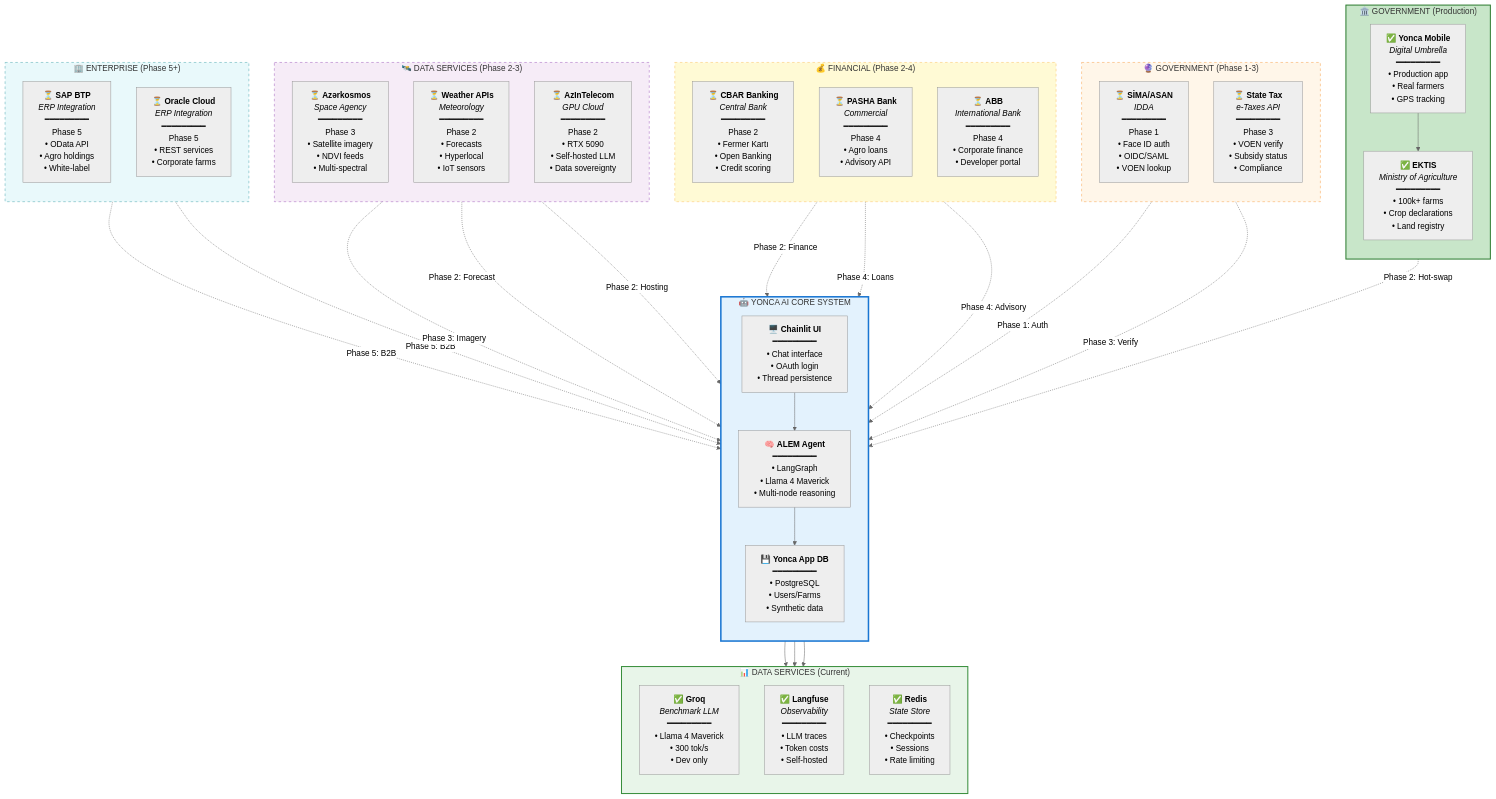
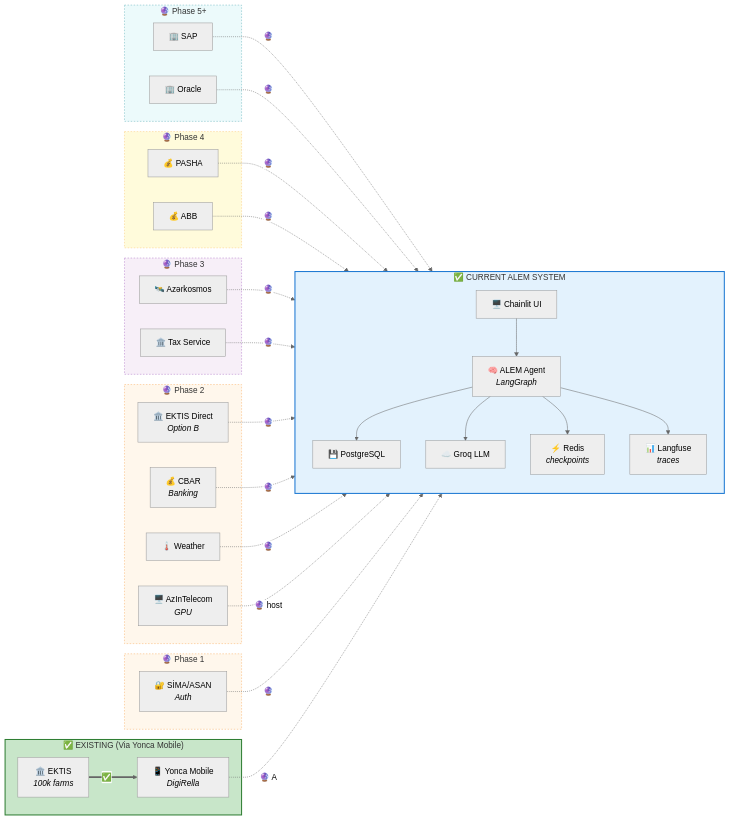
The first of 3 diagrams in docs/zekalab/19-YONCA-AI-INTEGRATION-UNIVERSE.md (Px8Studio/yonja), drawn with Mermaid before and after one commit. The commit also changed other lines of this file and 2 other files, not shown here.

Commit message:
feat: Update architecture and integration roadmap documentation for ALEM, enhancing clarity on existing and future integrations

````diff
--- a/docs/zekalab/19-YONCA-AI-INTEGRATION-UNIVERSE.md
+++ b/docs/zekalab/19-YONCA-AI-INTEGRATION-UNIVERSE.md
@@ -15,79 +15,68 @@
 ```mermaid
 %%{init: {'theme': 'neutral'}}%%
-flowchart TB
-    subgraph core["🤖 YONCA AI CORE SYSTEM"]
+flowchart LR
+    subgraph current["✅ CURRENT ALEM SYSTEM"]
         direction TB
-        alem["🧠 <b>ALEM Agent</b><br/>━━━━━━━━━<br/>• LangGraph<br/>• Llama 4 Maverick<br/>• Multi-node reasoning"]
-        chainlit["🖥️ <b>Chainlit UI</b><br/>━━━━━━━━━<br/>• Chat interface<br/>• OAuth login<br/>• Thread persistence"]
-        db["💾 <b>Yonca App DB</b><br/>━━━━━━━━━<br/>• PostgreSQL<br/>• Users/Farms<br/>• Synthetic data"]
+        ui["🖥️ Chainlit UI"]
+        alem["🧠 ALEM Agent<br/><i>LangGraph</i>"]
+        db["💾 PostgreSQL"]
+        groq["☁️ Groq LLM"]
+        redis["⚡ Redis<br/><i>checkpoints</i>"]
+        lf["📊 Langfuse<br/><i>traces</i>"]
     end
     
-    subgraph gov_live["🏛️ GOVERNMENT (Production)"]
-        direction TB
-        ektis_live["✅ <b>EKTIS</b><br/><i>Ministry of Agriculture</i><br/>━━━━━━━━━<br/>• 100k+ farms<br/>• Crop declarations<br/>• Land registry"]
-        yonca_mobile["✅ <b>Yonca Mobile</b><br/><i>Digital Umbrella</i><br/>━━━━━━━━━<br/>• Production app<br/>• Real farmers<br/>• GPS tracking"]
+    subgraph existing["✅ EXISTING (Via Yonca Mobile)"]
+        ektis["🏛️ EKTIS<br/><i>100k farms</i>"]
+        yonca["📱 Yonca Mobile<br/><i>DigiRella</i>"]
     end
     
-    subgraph gov_future["🔮 GOVERNMENT (Phase 1-3)"]
-        direction TB
-        sima["⏳ <b>SİMA/ASAN</b><br/><i>IDDA</i><br/>━━━━━━━━━<br/>Phase 1<br/>• Face ID auth<br/>• OIDC/SAML<br/>• VOEN lookup"]
-        tax["⏳ <b>State Tax</b><br/><i>e-Taxes API</i><br/>━━━━━━━━━<br/>Phase 3<br/>• VOEN verify<br/>• Subsidy status<br/>• Compliance"]
+    subgraph p1["🔮 Phase 1"]
+        sima["🔐 SİMA/ASAN<br/><i>Auth</i>"]
     end
     
-    subgraph finance_future["💰 FINANCIAL (Phase 2-4)"]
-        direction TB
-        cbar["⏳ <b>CBAR Banking</b><br/><i>Central Bank</i><br/>━━━━━━━━━<br/>Phase 2<br/>• Fermer Kartı<br/>• Open Banking<br/>• Credit scoring"]
-        pasha["⏳ <b>PASHA Bank</b><br/><i>Commercial</i><br/>━━━━━━━━━<br/>Phase 4<br/>• Agro loans<br/>• Advisory API"]
-        abb["⏳ <b>ABB</b><br/><i>International Bank</i><br/>━━━━━━━━━<br/>Phase 4<br/>• Corporate finance<br/>• Developer portal"]
+    subgraph p2["🔮 Phase 2"]
+        ektis_d["🏛️ EKTIS Direct<br/><i>Option B</i>"]
+        cbar["💰 CBAR<br/><i>Banking</i>"]
+        weather["🌡️ Weather"]
+        azintel["🖥️ AzInTelecom<br/><i>GPU</i>"]
     end
     
-    subgraph data_current["📊 DATA SERVICES (Current)"]
-        direction TB
-        groq["✅ <b>Groq</b><br/><i>Benchmark LLM</i><br/>━━━━━━━━━<br/>• Llama 4 Maverick<br/>• 300 tok/s<br/>• Dev only"]
-        langfuse["✅ <b>Langfuse</b><br/><i>Observability</i><br/>━━━━━━━━━<br/>• LLM traces<br/>• Token costs<br/>• Self-hosted"]
-        redis["✅ <b>Redis</b><br/><i>State Store</i><br/>━━━━━━━━━<br/>• Checkpoints<br/>• Sessions<br/>• Rate limiting"]
+    subgraph p3["🔮 Phase 3"]
+        satellite["🛰️ Azərkosmos"]
+        tax["🏛️ Tax Service"]
     end
     
-    subgraph data_future["🛰️ DATA SERVICES (Phase 2-3)"]
-        direction TB
-        azerkosmos["⏳ <b>Azərkosmos</b><br/><i>Space Agency</i><br/>━━━━━━━━━<br/>Phase 3<br/>• Satellite imagery<br/>• NDVI feeds<br/>• Multi-spectral"]
-        weather["⏳ <b>Weather APIs</b><br/><i>Meteorology</i><br/>━━━━━━━━━<br/>Phase 2<br/>• Forecasts<br/>• Hyperlocal<br/>• IoT sensors"]
-        azintel["⏳ <b>AzInTelecom</b><br/><i>GPU Cloud</i><br/>━━━━━━━━━<br/>Phase 2<br/>• RTX 5090<br/>• Self-hosted LLM<br/>• Data sovereignty"]
+    subgraph p4["🔮 Phase 4"]
+        pasha["💰 PASHA"]
+        abb["💰 ABB"]
     end
     
-    subgraph enterprise_future["🏢 ENTERPRISE (Phase 5+)"]
-        direction TB
-        sap["⏳ <b>SAP BTP</b><br/><i>ERP Integration</i><br/>━━━━━━━━━<br/>Phase 5<br/>• OData API<br/>• Agro holdings<br/>• White-label"]
-        oracle["⏳ <b>Oracle Cloud</b><br/><i>ERP Integration</i><br/>━━━━━━━━━<br/>Phase 5<br/>• REST services<br/>• Corporate farms"]
+    subgraph p5["🔮 Phase 5+"]
+        sap["🏢 SAP"]
+        oracle["🏢 Oracle"]
     end
     
-    %% Current connections (solid lines)
-    yonca_mobile --> ektis_live
-    chainlit --> alem
-    alem --> db
-    alem --> groq
-    alem --> langfuse
-    alem --> redis
+    %% Existing (green solid)
+    ektis ==>|"✅"| yonca
     
-    %% Future connections (dashed lines)
-    ektis_live -.->|"Phase 2: Hot-swap"| db
-    sima -.->|"Phase 1: Auth"| chainlit
-    tax -.->|"Phase 3: Verify"| alem
-    cbar -.->|"Phase 2: Finance"| alem
-    pasha -.->|"Phase 4: Loans"| alem
-    abb -.->|"Phase 4: Advisory"| alem
-    azerkosmos -.->|"Phase 3: Imagery"| alem
-    weather -.->|"Phase 2: Forecast"| alem
-    azintel -.->|"Phase 2: Hosting"| alem
-    sap -.->|"Phase 5: B2B"| alem
-    oracle -.->|"Phase 5: B2B"| alem
+    %% Current ALEM internal connections (blue solid)
+    ui --> alem
+    alem --> db & groq & redis & lf
+    
+    %% Future via Yonca (orange dashed)
+    yonca -.->|"🔮 A"| db
+    
+    %% Future direct (purple dashed)
+    sima -.->|"🔮"| ui
+    ektis_d & cbar & weather & satellite & tax & pasha & abb & sap & oracle -.->|"🔮"| alem
+    azintel -.->|"🔮 host"| alem
     
     %% Styling
-    style core fill:#e3f2fd,stroke:#1976d2,stroke-width:3px
-    style gov_live fill:#c8e6c9,stroke:#2e7d32,stroke-width:2px
-    style gov_future fill:#fff3e0,stroke:#f57c00,stroke-dasharray: 5 5,opacity:0.7
-    style finance_future fill:#fff9c4,stroke:#f9a825,stroke-dasharray: 5 5,opacity:0.7
-    style data_current fill:#e8f5e9,stroke:#388e3c,stroke-width:2px
-    style data_future fill:#f3e5f5,stroke:#7b1fa2,stroke-dasharray: 5 5,opacity:0.7
-    style enterprise_future fill:#e0f7fa,stroke:#00838f,stroke-dasharray: 5 5,opacity:0.7
+    style current fill:#e3f2fd,stroke:#1976d2,stroke-width:2px
+    style existing fill:#c8e6c9,stroke:#2e7d32,stroke-width:2px
+    style p1 fill:#fff3e0,stroke:#f57c00,stroke-dasharray:3 3,opacity:0.6
+    style p2 fill:#fff3e0,stroke:#f57c00,stroke-dasharray:3 3,opacity:0.6
+    style p3 fill:#f3e5f5,stroke:#7b1fa2,stroke-dasharray:3 3,opacity:0.6
+    style p4 fill:#fff9c4,stroke:#f9a825,stroke-dasharray:3 3,opacity:0.6
+    style p5 fill:#e0f7fa,stroke:#00838f,stroke-dasharray:3 3,opacity:0.6
 ```
````
